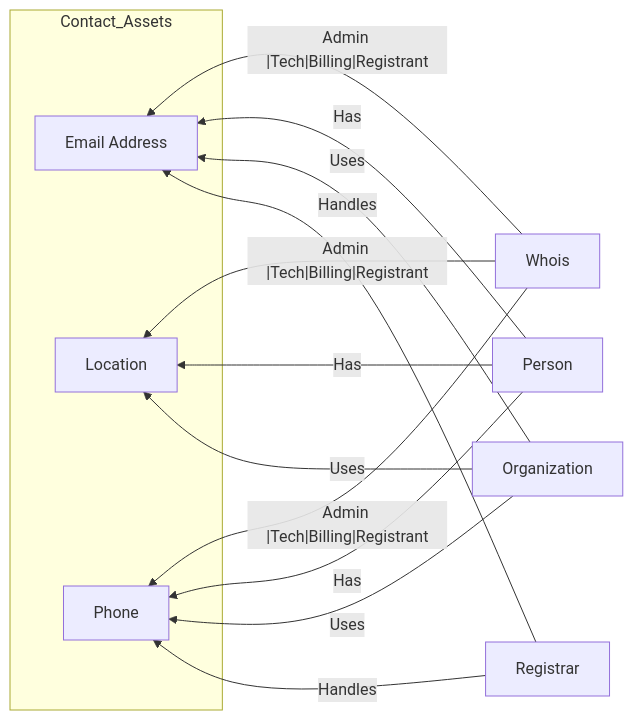
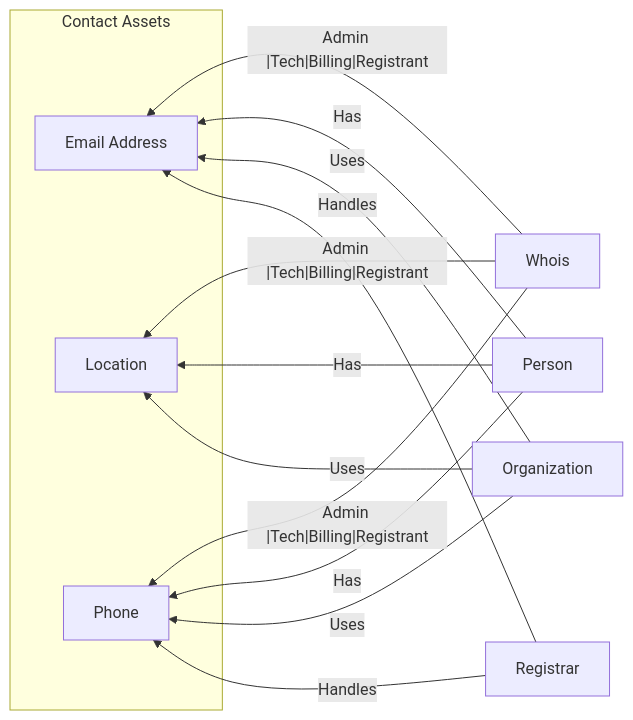
One commit to owasp-amass/docs changed the diagram in docs/open-asset-model/contact.md. Above: the diagram before and after it, drawn with Mermaid.

````diff
--- a/docs/open-asset-model/contact.md
+++ b/docs/open-asset-model/contact.md
@@ -1,31 +1,31 @@
 ```mermaid
 graph RL
     %% Main Incoming Relationships
     Whois
     Person
     Organization
     Registrar
 
     %% Contact Assets on the right side
-    subgraph Contact_Assets
+    subgraph "Contact Assets"
         Email[Email Address]
         Location[Location]
         Phone[Phone]
     end
 
     %% Relationships
     Whois -- Admin |Tech|Billing|Registrant --> Email
     Whois -- Admin |Tech|Billing|Registrant --> Phone
     Whois -- Admin |Tech|Billing|Registrant --> Location
     
     Person -->|Has| Email
     Person -->|Has| Phone
     Person -->|Has| Location
     
     Organization -->|Uses| Email
     Organization -->|Uses| Phone
     Organization -->|Uses| Location
 
     Registrar -->|Handles| Email
     Registrar -->|Handles| Phone
 ```
````
